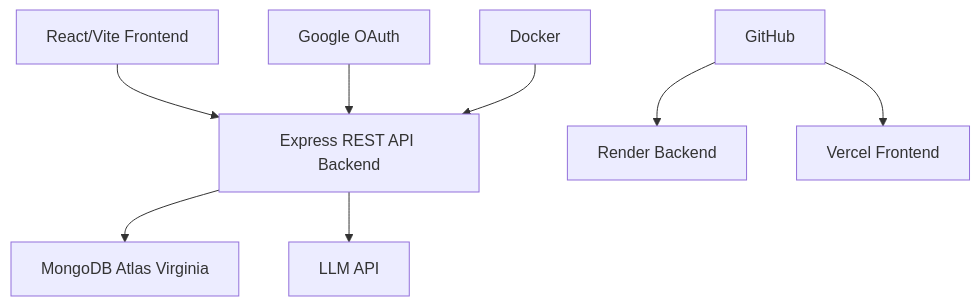
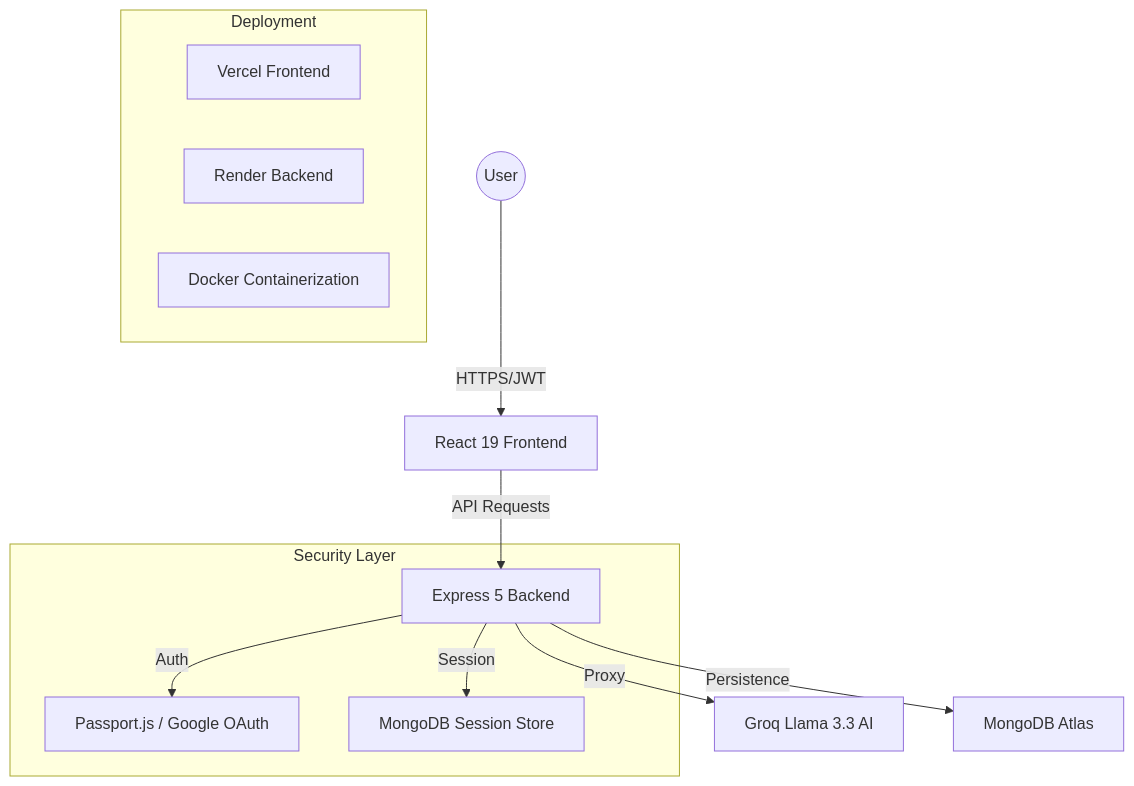
The diagram in README.md (Ravikiranreddybada/agentpilot), drawn with Mermaid before and after one commit. The commit also changed other lines of this file, not shown here.

````diff
--- a/README.md
+++ b/README.md
@@ -18,10 +82,19 @@
 ```mermaid
-graph TB
-  A[React/Vite Frontend] --> B[Express REST API Backend]
-  B --> C[MongoDB Atlas Virginia]
-  B --> D[LLM API]
-  E[Google OAuth] --> B
-  F[Docker] --> B
-  G[GitHub] --> H[Render Backend]
-  G --> I[Vercel Frontend]
+graph TD
+  User((User)) -->|HTTPS/JWT| FE[React 19 Frontend]
+  FE -->|API Requests| BE[Express 5 Backend]
+  
+  subgraph Security Layer
+    BE -->|Auth| Passport[Passport.js / Google OAuth]
+    BE -->|Session| MongoStore[MongoDB Session Store]
+  end
+
+  BE -->|Proxy| Groq[Groq Llama 3.3 AI]
+  BE -->|Persistence| Atlas[MongoDB Atlas]
+  
+  subgraph Deployment
+    Vercel[Vercel Frontend]
+    Render[Render Backend]
+    Docker[Docker Containerization]
+  end
 ```
````
